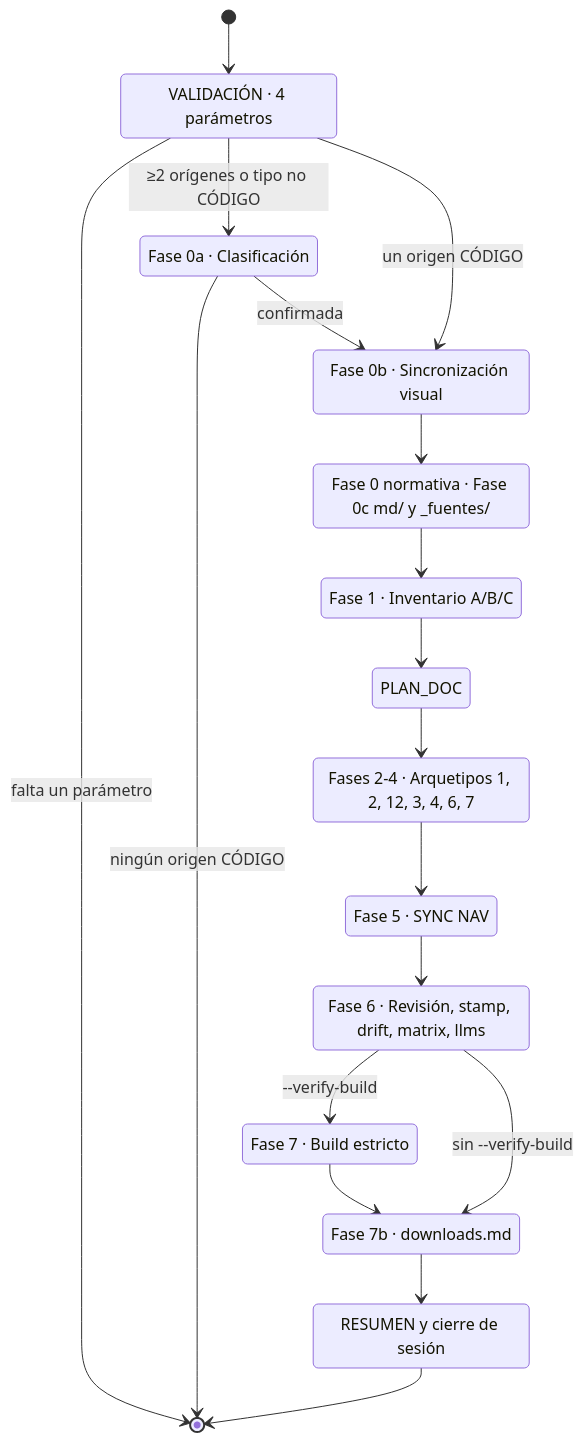
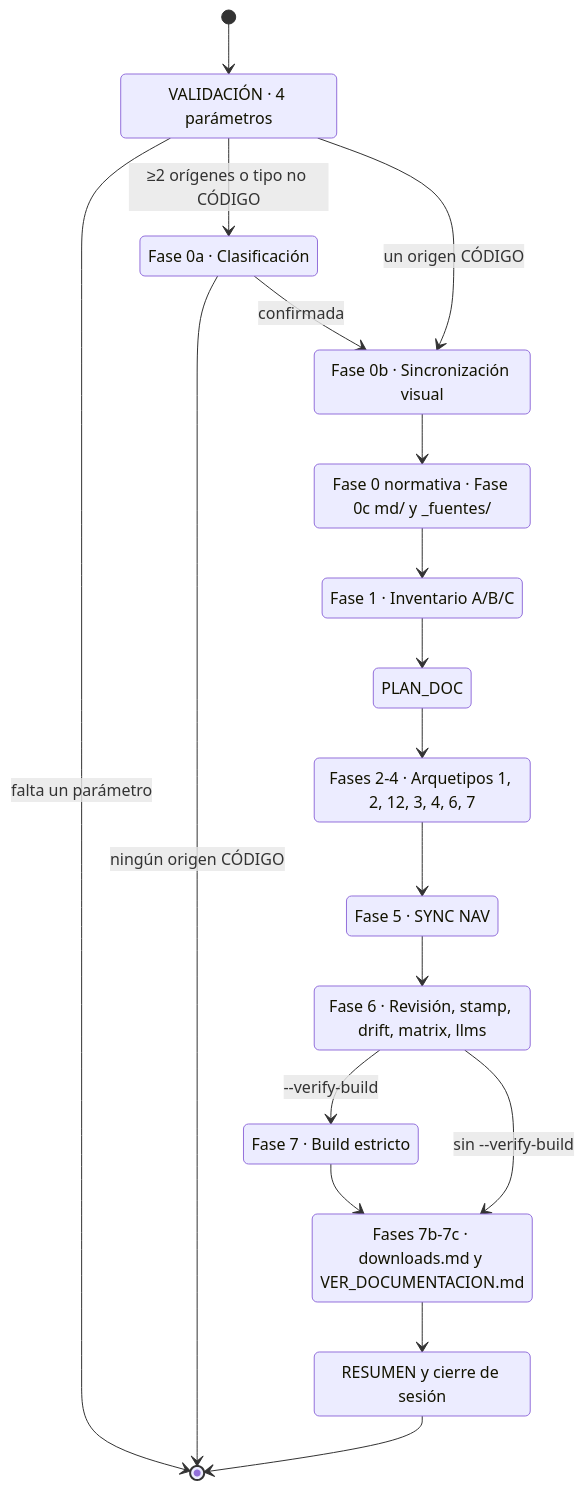
The diagram in docs/api/document_project.md (fmanza/doc_ia), drawn with Mermaid before and after one commit. The commit also changed other lines of this file and 31 other files, not shown here.

````diff
--- a/docs/api/document_project.md
+++ b/docs/api/document_project.md
@@ -16,34 +16,34 @@
 ```mermaid
 stateDiagram-v2
     accTitle: Fases internas de document_project
     accDescr: Máquina de fases del flujo, desde la validación de los cuatro parámetros hasta el cierre de sesión, con las dos salidas anticipadas (parámetro faltante o ningún origen de código) y el build estricto opcional.
     state "VALIDACIÓN · 4 parámetros" as VALIDACION
     state "Fase 0a · Clasificación" as CLASIFICACION
     state "Fase 0b · Sincronización visual" as SYNC_VISUAL
     state "Fase 0 normativa · Fase 0c md/ y _fuentes/" as PREPARACION
     state "Fase 1 · Inventario A/B/C" as INVENTARIO
     state "PLAN_DOC" as PLAN_DOC
     state "Fases 2-4 · Arquetipos 1, 2, 12, 3, 4, 6, 7" as GENERACION
     state "Fase 5 · SYNC NAV" as SYNC_NAV
     state "Fase 6 · Revisión, stamp, drift, matrix, llms" as REVISION
     state "Fase 7 · Build estricto" as BUILD
-    state "Fase 7b · downloads.md" as DESCARGAS
+    state "Fases 7b-7c · downloads.md y VER_DOCUMENTACION.md" as DESCARGAS
     state "RESUMEN y cierre de sesión" as CIERRE
     [*] --> VALIDACION
     VALIDACION --> [*] : falta un parámetro
     VALIDACION --> CLASIFICACION : ≥2 orígenes o tipo no CÓDIGO
     VALIDACION --> SYNC_VISUAL : un origen CÓDIGO
     CLASIFICACION --> [*] : ningún origen CÓDIGO
     CLASIFICACION --> SYNC_VISUAL : confirmada
     SYNC_VISUAL --> PREPARACION
     PREPARACION --> INVENTARIO
     INVENTARIO --> PLAN_DOC
     PLAN_DOC --> GENERACION
     GENERACION --> SYNC_NAV
     SYNC_NAV --> REVISION
     REVISION --> BUILD : --verify-build
     REVISION --> DESCARGAS : sin --verify-build
     BUILD --> DESCARGAS
     DESCARGAS --> CIERRE
     CIERRE --> [*]
 ```
````
